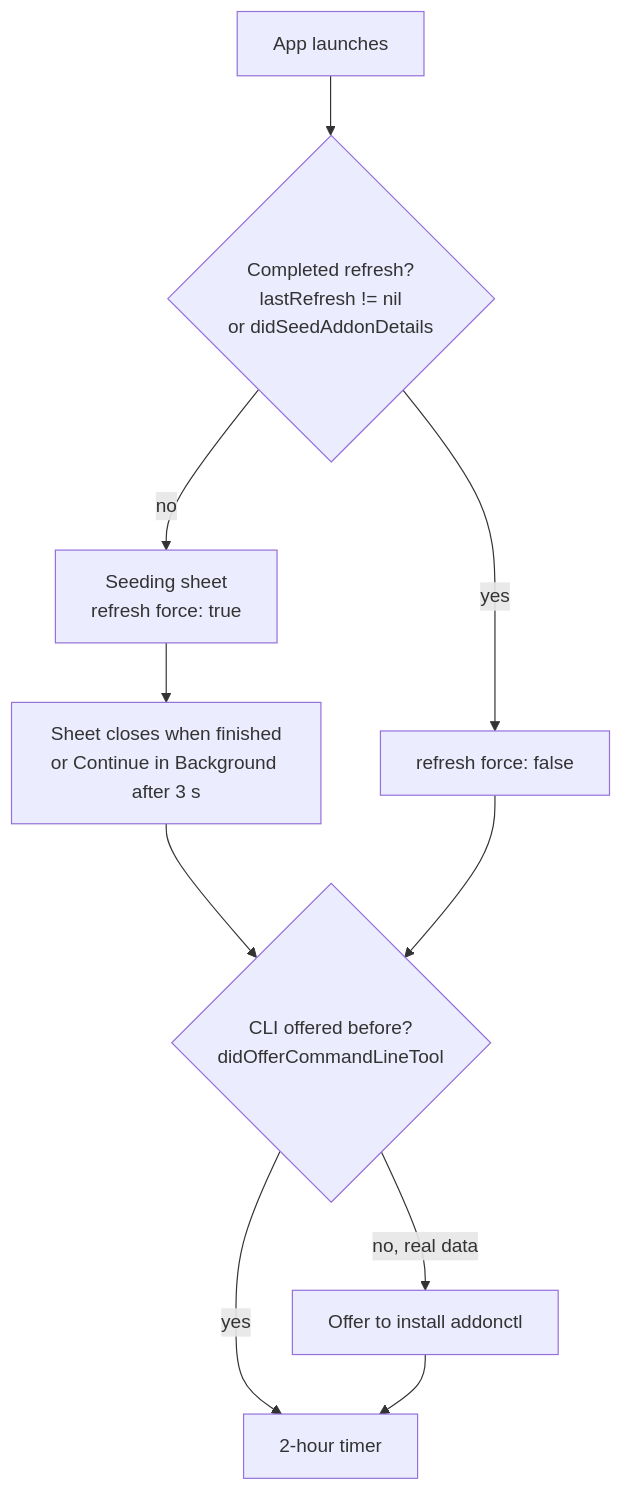
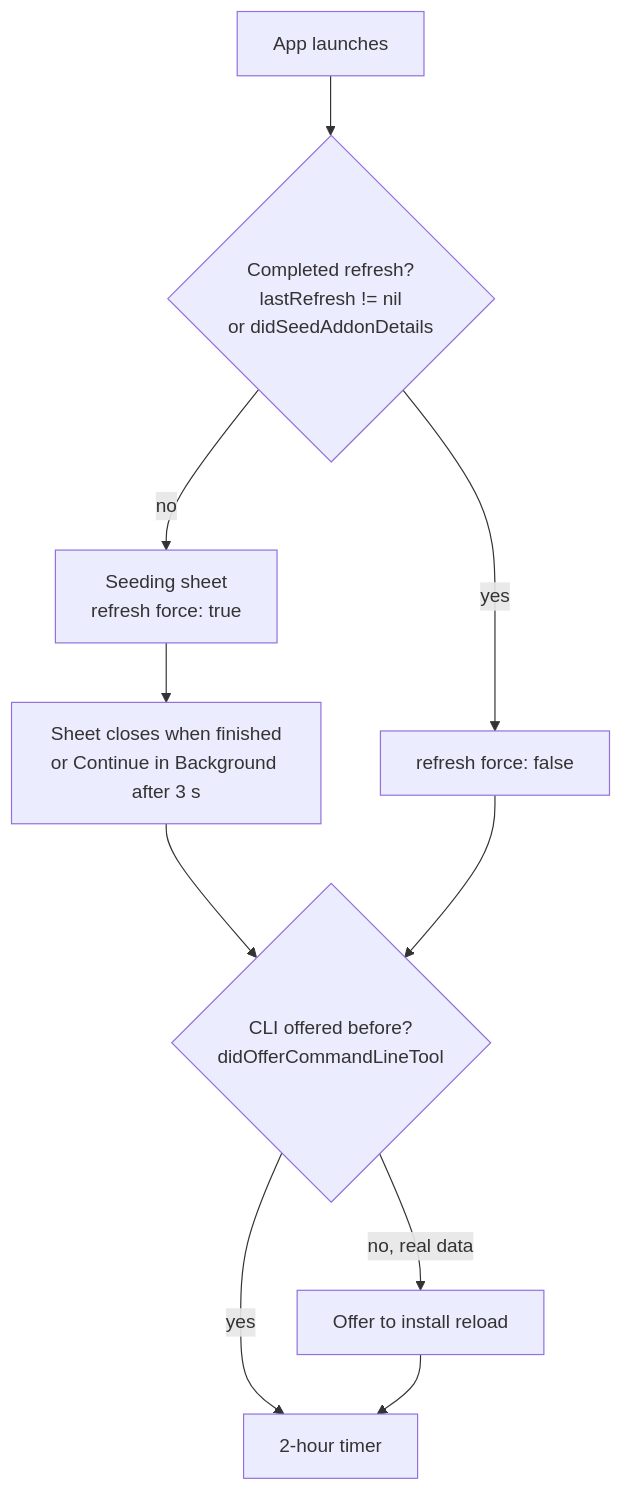
One commit to miotke/reload changed the diagram in docs/app/first-launch.md. Above: the diagram before and after it, drawn with Mermaid. The commit also changed other lines of this file and 210 other files, not shown here.

````diff
--- a/docs/app/first-launch.md
+++ b/docs/app/first-launch.md
@@ -9,12 +9,12 @@
 ```mermaid
 flowchart TD
     L[App launches] --> Q{Completed refresh?<br/>lastRefresh != nil<br/>or didSeedAddonDetails}
     Q -- no --> S[Seeding sheet<br/>refresh force: true]
     S --> D[Sheet closes when finished<br/>or Continue in Background after 3 s]
     D --> C{CLI offered before?<br/>didOfferCommandLineTool}
     Q -- yes --> R[refresh force: false]
     R --> C
-    C -- no, real data --> O[Offer to install addonctl]
+    C -- no, real data --> O[Offer to install reload]
     C -- yes --> T[2-hour timer]
     O --> T
 ```
````
